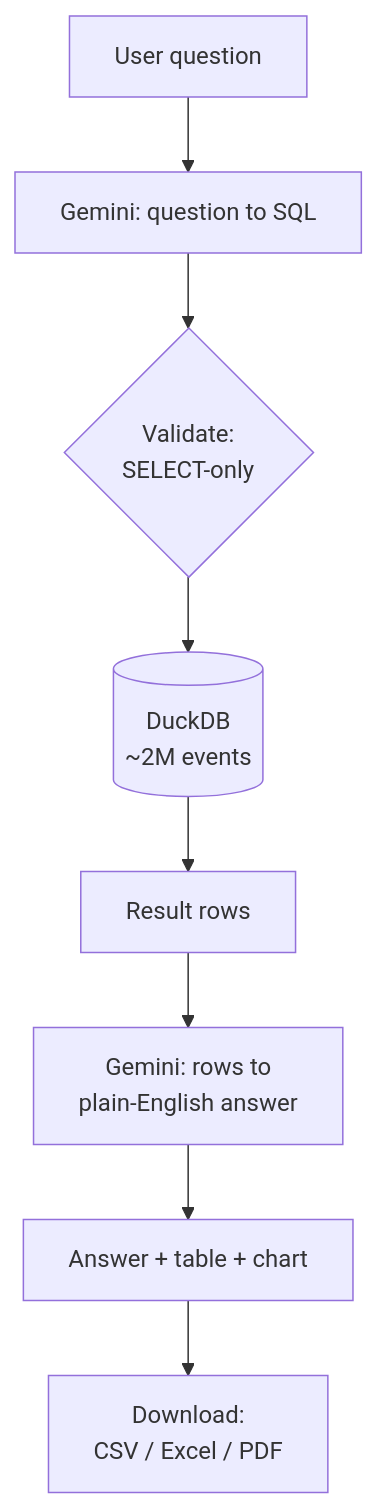
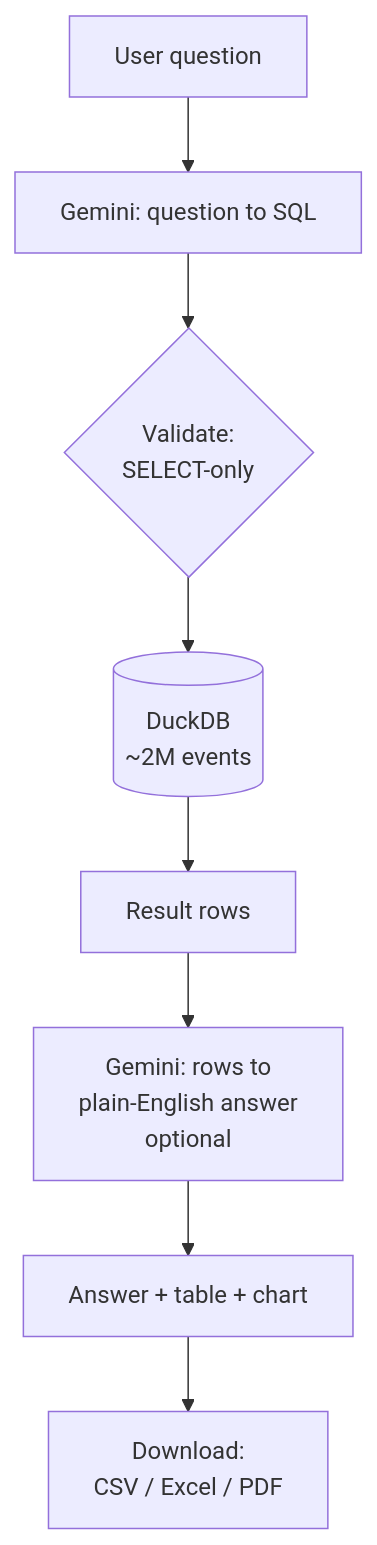
The diagram in README.md (akhilsai007/StormQuery-Text-to-SQL-Q-A-Chatbot), drawn with Mermaid before and after one commit. The commit also changed other lines of this file, not shown here.

````diff
--- a/README.md
+++ b/README.md
@@ -43,10 +45,10 @@
 ```mermaid
 flowchart TD
     Q[User question] --> L1[Gemini: question to SQL]
     L1 --> V{Validate:<br/>SELECT-only}
     V --> DB[(DuckDB<br/>~2M events)]
     DB --> R[Result rows]
-    R --> L2[Gemini: rows to<br/>plain-English answer]
+    R --> L2[Gemini: rows to<br/>plain-English answer<br/>optional]
     L2 --> OUT[Answer + table + chart]
     OUT --> D[Download:<br/>CSV / Excel / PDF]
 ```
````
